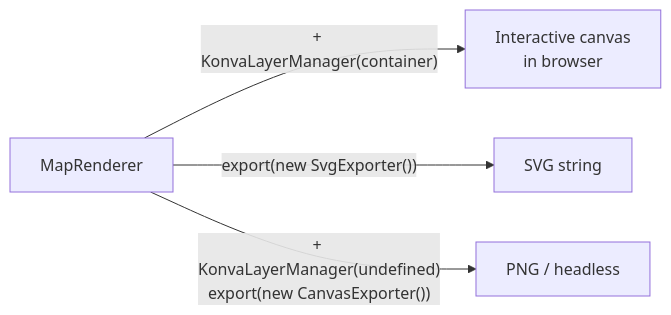
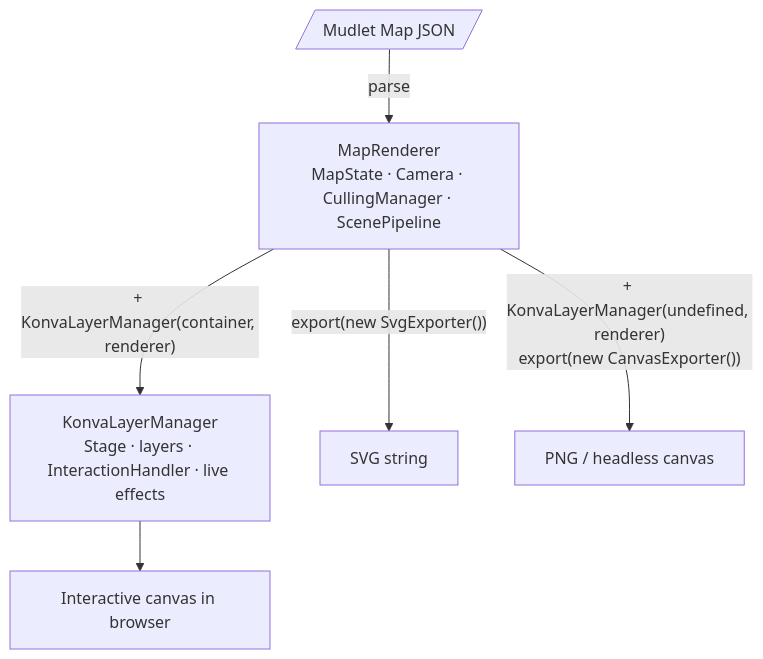
Before and after one commit to Delwing/mudlet-map-renderer: the first of 12 diagrams in docs/architecture.md, drawn with Mermaid. The commit also changed other lines of this file, not shown here.

Commit message:
System overview: single vertical branching flowchart showing three paths

````diff
--- a/docs/architecture.md
+++ b/docs/architecture.md
@@ -34,8 +9,14 @@
 ```mermaid
-graph LR
-    MR[MapRenderer]
+flowchart TD
+    JSON[/"Mudlet Map JSON"/]
 
-    MR -->|"+ KonvaLayerManager(container)"| A["Interactive canvas<br/>in browser"]
-    MR -->|"export(new SvgExporter())"| B["SVG string"]
-    MR -->|"+ KonvaLayerManager(undefined)<br/>export(new CanvasExporter())"| C["PNG / headless"]
+    MR["MapRenderer\nMapState · Camera · CullingManager · ScenePipeline"]
+
+    JSON -->|parse| MR
+
+    MR -->|"+ KonvaLayerManager(container, renderer)"| INTER["KonvaLayerManager\nStage · layers · InteractionHandler · live effects"]
+    MR -->|"export(new SvgExporter())"| SVG["SVG string"]
+    MR -->|"+ KonvaLayerManager(undefined, renderer)\nexport(new CanvasExporter())"| PNG["PNG / headless canvas"]
+
+    INTER --> Browser["Interactive canvas in browser"]
 ```
````
